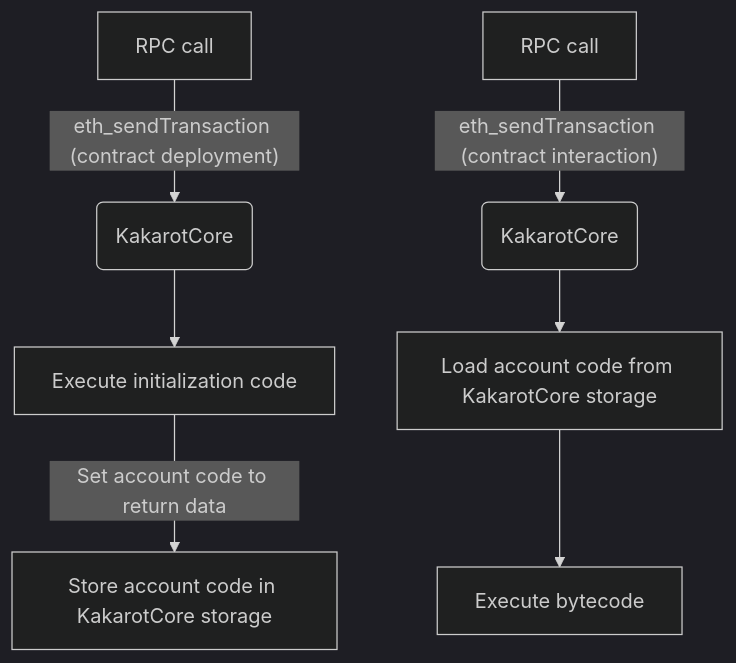
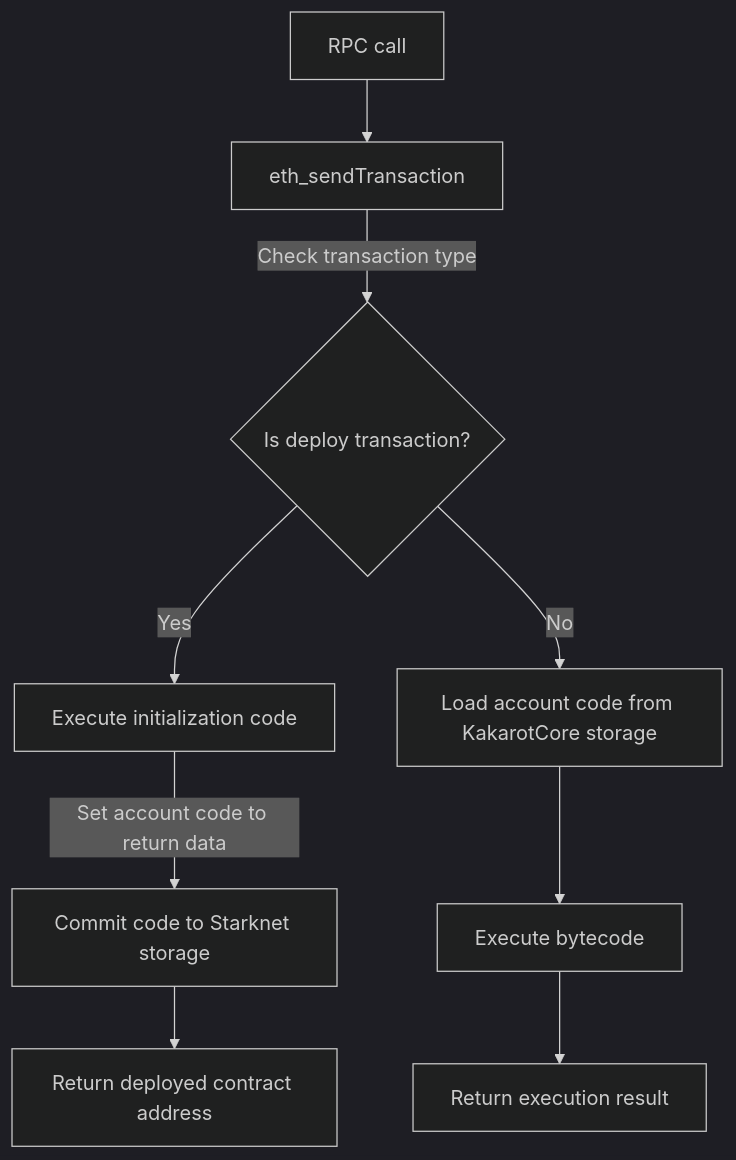
Before and after one commit to kkrt-labs/kakarot-ssj: the diagram in docs/general/contract_bytecode.md, drawn with Mermaid (dark theme). The commit also changed 19 other files, not shown here.

````diff
--- a/docs/general/contract_bytecode.md
+++ b/docs/general/contract_bytecode.md
@@ -13,10 +13,12 @@
 ```mermaid
 flowchart TD
-    A[RPC call] --> |"eth_sendTransaction (contract deployment)"| B(KakarotCore)
-    B --> C[Execute initialization code]
-    C -->|Set account code to return data| D[Store account code in KakarotCore storage]
+    A[RPC call] --> B["eth_sendTransaction"]
+    B --> |Check transaction type| C{Is deploy transaction?}
+    C -- Yes --> D1[Execute initialization code]
+    D1 -->|Set account code to return data| E1[Commit code to Starknet storage]
+    E1 --> F1[Return deployed contract address]
 
-    X[RPC call] --> |"eth_sendTransaction (contract interaction)"| Y(KakarotCore)
-    Y --> Z[Load account code from KakarotCore storage]
-    Z --> ZZ[Execute bytecode]
+    C -- No --> D2[Load account code from KakarotCore storage]
+    D2 --> E2[Execute bytecode]
+    E2 --> F2[Return execution result]
 ```
````
